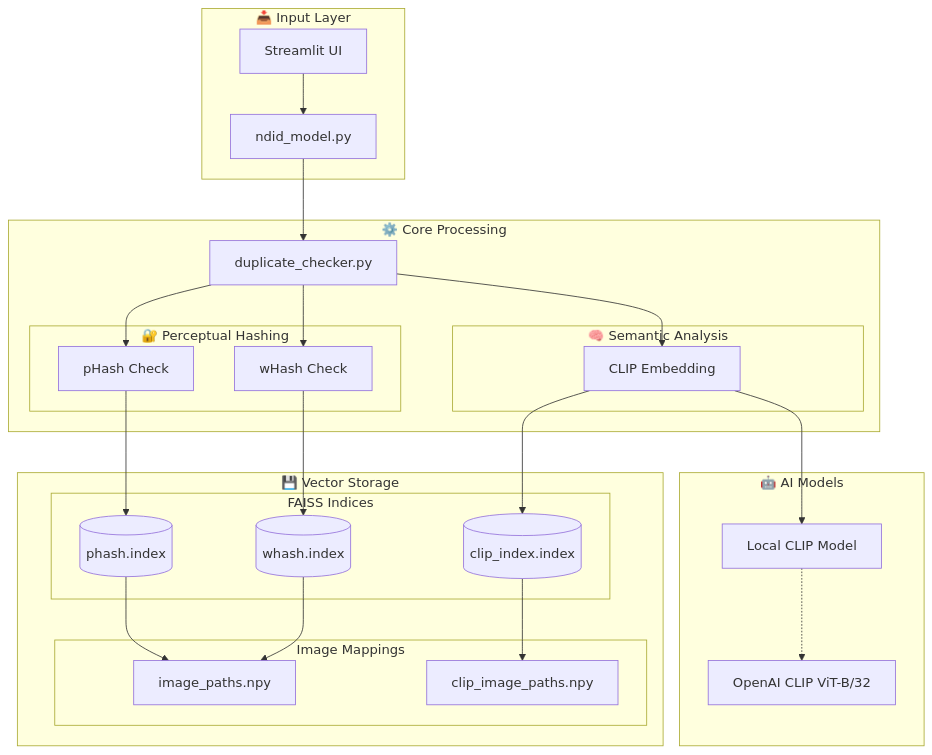
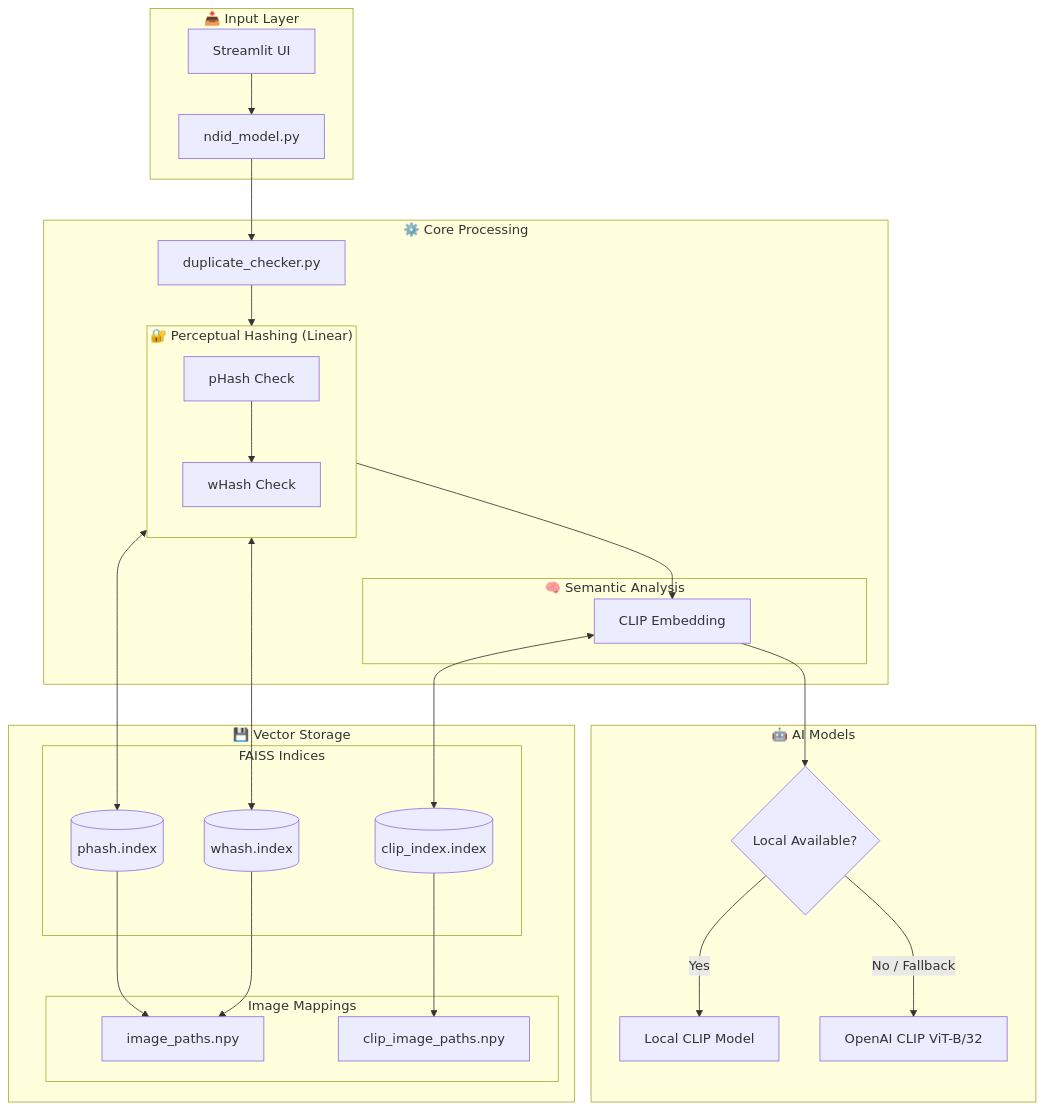
The first of 3 diagrams in README.md (gaurav337/DejaView), drawn with Mermaid before and after one commit. The commit also changed other lines of this file, not shown here.

````diff
--- a/README.md
+++ b/README.md
@@ -152,55 +137,64 @@
 ```mermaid
 flowchart TB
     subgraph Input["📥 Input Layer"]
         UI[Streamlit UI]
         API[ndid_model.py]
     end
 
     subgraph Core["⚙️ Core Processing"]
         DC[duplicate_checker.py]
         
-        subgraph Hashing["🔐 Perceptual Hashing"]
+        subgraph Hashing["🔐 Perceptual Hashing (Linear)"]
+            direction TB
             PH[pHash Check]
             WH[wHash Check]
         end
         
         subgraph Semantic["🧠 Semantic Analysis"]
             CLIP[CLIP Embedding]
         end
     end
 
     subgraph Storage["💾 Vector Storage"]
         subgraph FAISS["FAISS Indices"]
             PI[(phash.index)]
             WI[(whash.index)]
             CI[(clip_index.index)]
         end
         
         subgraph Paths["Image Mappings"]
             HP[image_paths.npy]
             CP[clip_image_paths.npy]
         end
     end
 
     subgraph Models["🤖 AI Models"]
+        ModelCheck{Local Available?}
         LM[Local CLIP Model]
         OM[OpenAI CLIP ViT-B/32]
     end
 
+    %% Flow Connections
     UI --> API
     API --> DC
+    
+    %% Linear Processing Flow
     DC --> PH
-    DC --> WH
-    DC --> CLIP
+    PH --> WH
+    WH --> CLIP
     
-    PH --> PI
-    WH --> WI
-    CLIP --> CI
+    %% Storage Lookups
+    PH <--> PI
+    WH <--> WI
+    CLIP <--> CI
     
+    %% Path Retrievals
     PI --> HP
     WI --> HP
     CI --> CP
     
-    CLIP --> LM
-    LM -.-> OM
+    %% Model Loading Logic
+    CLIP --> ModelCheck
+    ModelCheck -->|Yes| LM
+    ModelCheck -->|No / Fallback| OM
 ```
````
